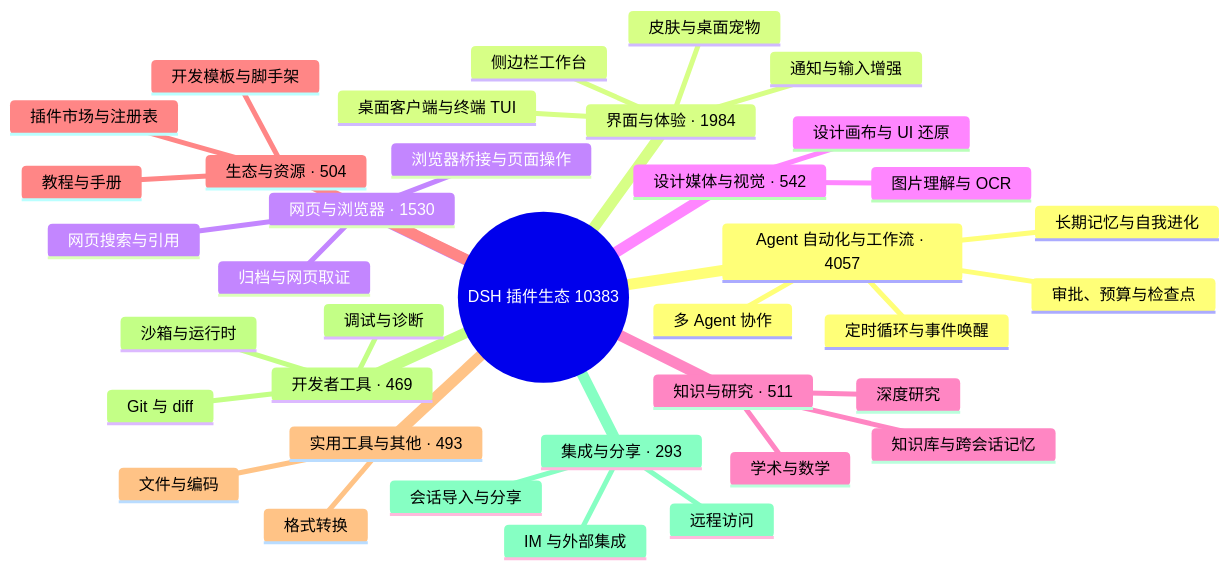
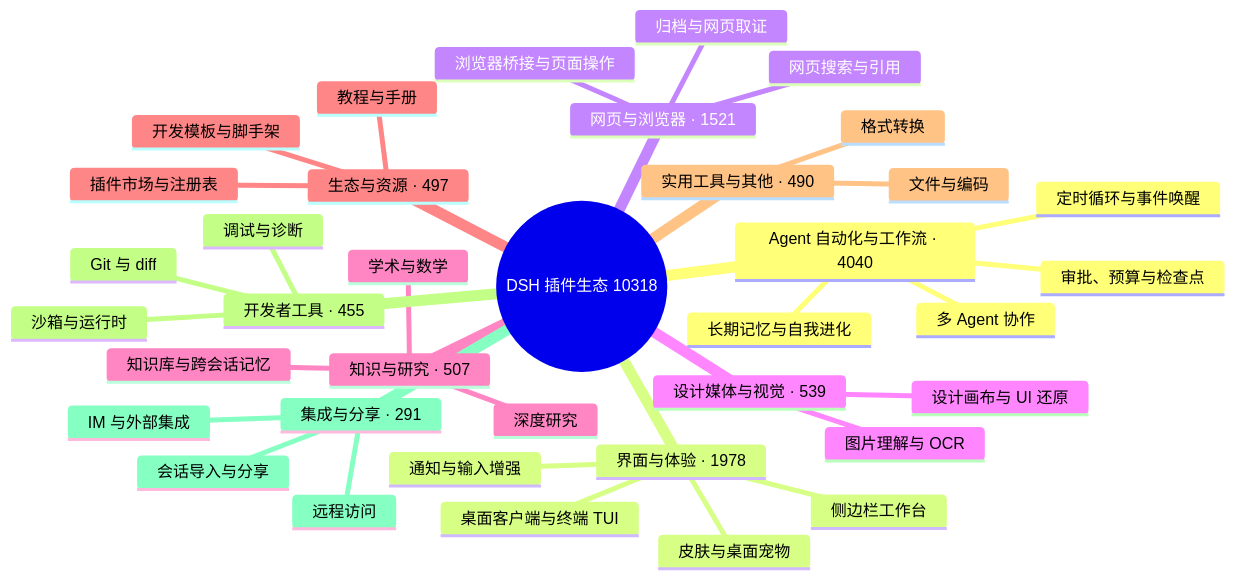
One commit to bruc3van/awesome-dsh-plugin changed the diagram in README.md. Above: the diagram before and after it, drawn with Mermaid. The commit also changed other lines of this file and 21 other files, not shown here.

````diff
--- a/README.md
+++ b/README.md
@@ -33,40 +33,40 @@
 ```mermaid
 mindmap
-  root((DSH 插件生态 10383))
-    Agent 自动化与工作流 · 4057
+  root((DSH 插件生态 10318))
+    Agent 自动化与工作流 · 4040
       定时循环与事件唤醒
       多 Agent 协作
       长期记忆与自我进化
       审批、预算与检查点
-    界面与体验 · 1984
+    界面与体验 · 1978
       桌面客户端与终端 TUI
       侧边栏工作台
       皮肤与桌面宠物
       通知与输入增强
-    网页与浏览器 · 1530
+    网页与浏览器 · 1521
       浏览器桥接与页面操作
       网页搜索与引用
       归档与网页取证
-    设计媒体与视觉 · 542
+    设计媒体与视觉 · 539
       图片理解与 OCR
       设计画布与 UI 还原
-    知识与研究 · 511
+    知识与研究 · 507
       知识库与跨会话记忆
       深度研究
       学术与数学
-    生态与资源 · 504
+    生态与资源 · 497
       插件市场与注册表
       开发模板与脚手架
       教程与手册
-    实用工具与其他 · 493
+    实用工具与其他 · 490
       文件与编码
       格式转换
-    开发者工具 · 469
+    开发者工具 · 455
       Git 与 diff
       沙箱与运行时
       调试与诊断
-    集成与分享 · 293
+    集成与分享 · 291
       会话导入与分享
       远程访问
       IM 与外部集成
 ```
````
